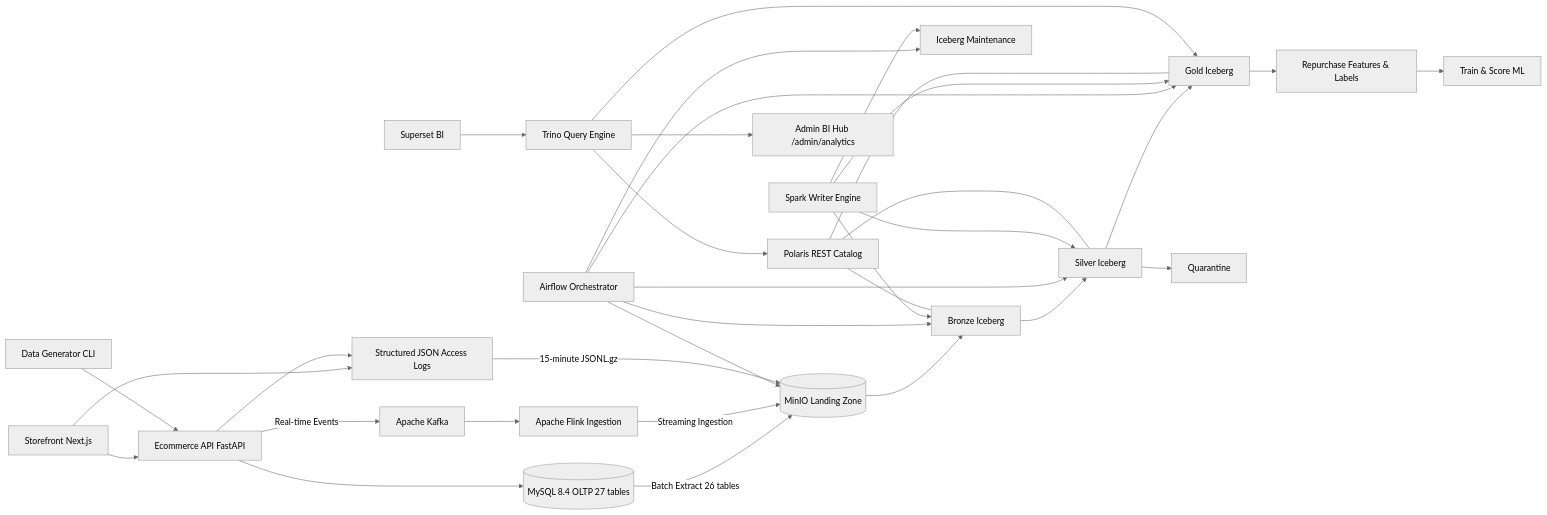
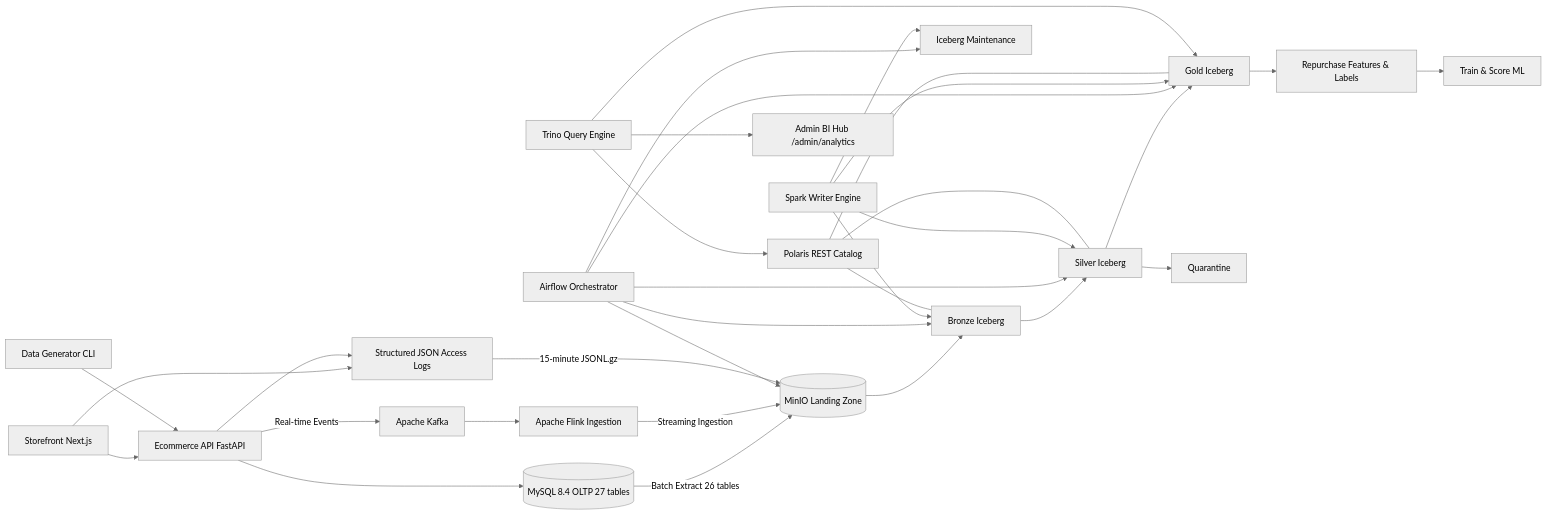
One commit to DanhTrannn/TLCN changed the diagram in docs/architecture/PROJECT_STRUCTURE.md. Above: the diagram before and after it, drawn with Mermaid (neutral theme). The commit also changed other lines of this file and 8 other files, not shown here.

Commit message:
docs: remove all legacy Apache Superset references in favor of Apache ECharts and Trino

````diff
--- a/docs/architecture/PROJECT_STRUCTURE.md
+++ b/docs/architecture/PROJECT_STRUCTURE.md
@@ -9,39 +9,38 @@
 ```mermaid
 flowchart LR
     Browser[Storefront Next.js] --> API[Ecommerce API FastAPI]
     Generator[Data Generator CLI] --> API
     API --> OLTP[(MySQL 8.4 OLTP 27 tables)]
     Browser --> Logs[Structured JSON Access Logs]
     API --> Logs
     API -->|Real-time Events| Kafka[Apache Kafka]
     Kafka --> Flink[Apache Flink Ingestion]
 
     OLTP -->|Batch Extract 26 tables| Landing[(MinIO Landing Zone)]
     Flink -->|Streaming Ingestion| Landing
     Logs -->|15-minute JSONL.gz| Landing
     Landing --> Bronze[Bronze Iceberg]
     Bronze --> Silver[Silver Iceberg]
     Silver --> Gold[Gold Iceberg]
     Silver --> Quarantine[Quarantine]
 
     Airflow[Airflow Orchestrator] --> Landing
     Airflow --> Bronze
     Airflow --> Silver
     Airflow --> Gold
     Airflow --> Maintenance[Iceberg Maintenance]
 
     Spark[Spark Writer Engine] --> Bronze
     Spark --> Silver
     Spark --> Gold
     Spark --> Maintenance
 
     Polaris[Polaris REST Catalog] --- Bronze
     Polaris --- Silver
     Polaris --- Gold
     Trino[Trino Query Engine] --> Polaris
     Trino --> Gold
     Trino --> ECharts[Admin BI Hub /admin/analytics]
-    Superset[Superset BI] --> Trino
     Gold --> Features[Repurchase Features & Labels]
     Features --> Model[Train & Score ML]
 ```
````
